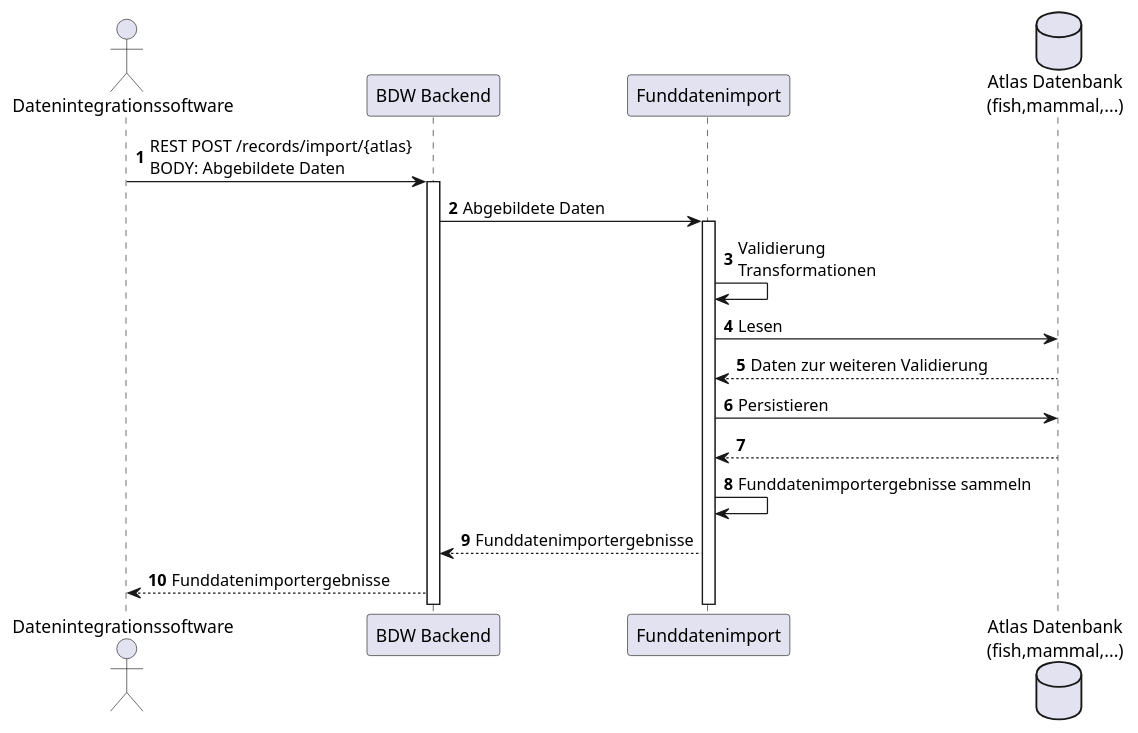
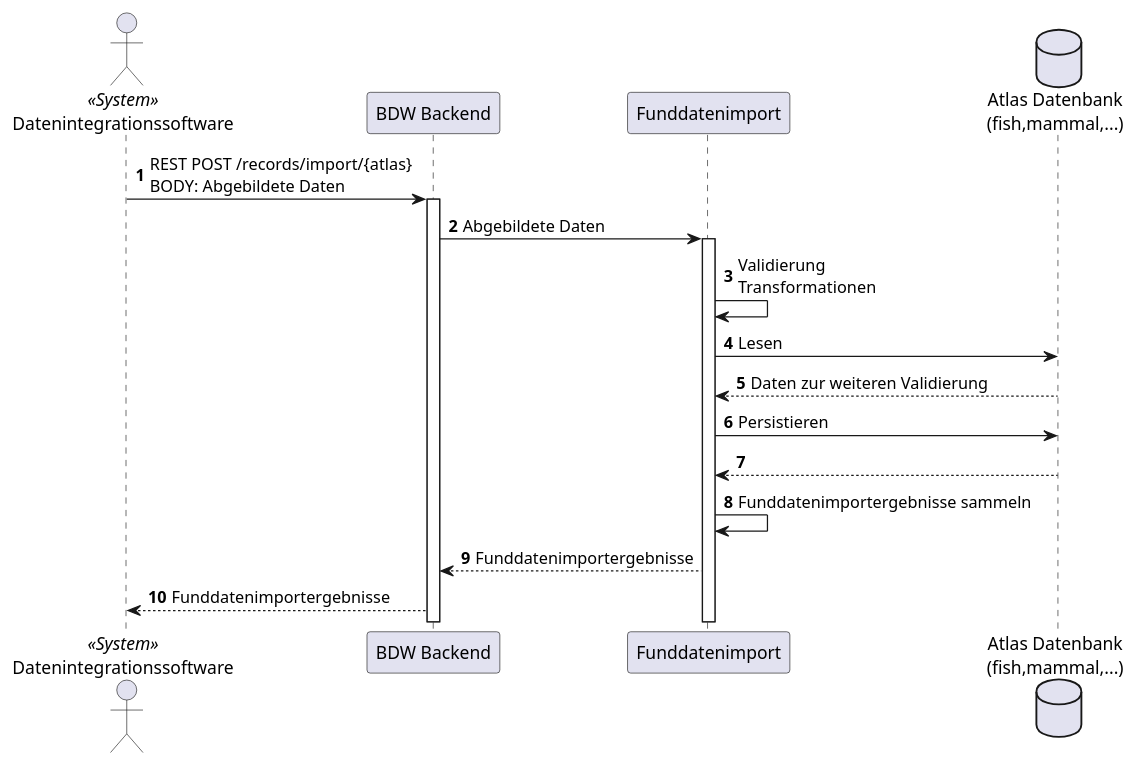
The diagram in data-integration-documentation/src/main/images/design/funddaten/funddatenimportSequence.puml (TuncerCatalkaya/data-integration), drawn with PlantUML before and after one commit. The commit also changed 15 other files, not shown here.

Commit message:
diagrams

```diff
--- a/data-integration-documentation/src/main/images/design/funddaten/funddatenimportSequence.puml
+++ b/data-integration-documentation/src/main/images/design/funddaten/funddatenimportSequence.puml
@@ -1,88 +1,31 @@
 @startuml
 
 autonumber
 
-actor Datenintegrationssoftware
+actor Datenintegrationssoftware <<System>>
 
 participant "BDW Backend" as backend
 participant "Funddatenimport" as import
 
 database "Atlas Datenbank\n(fish,mammal,...)" as datenbank
 
 Datenintegrationssoftware -> backend: REST POST /records/import/{atlas}\nBODY: Abgebildete Daten
 
 activate backend
 backend -> import: Abgebildete Daten
 
 activate import
 import -> import: Validierung\nTransformationen
 
 import -> datenbank: Lesen
 datenbank --> import: Daten zur weiteren Validierung
 
 import -> datenbank: Persistieren
 datenbank --> import
 
 import -> import: Funddatenimportergebnisse sammeln
 
 import --> backend: Funddatenimportergebnisse
 backend --> Datenintegrationssoftware: Funddatenimportergebnisse
 
-
-'actor Biologieexperte
-'
-'participant frontend
-'participant backend
-'participant import
-'participant checkpoint
-'participant item
-'database datenbank
-'
-'Biologieexperte -> frontend: Importiere CSV-Datei
-'
-'activate frontend
-'frontend -> backend: REST /import
-'
-'activate backend
-'backend -> import: Starte Import-Prozess
-'
-'activate import
-'
-'import -> datenbank: Batches und Checkpoints\npersistieren
-'
-'alt Import noch am Laufen
-'
-'    Biologieexperte -> frontend: Einsehen des\nmomentanen\nImport-Status
-'    frontend -> backend: REST /status
-'    backend -> checkpoint: Status abfragen
-'
-'    activate checkpoint
-'    checkpoint -> datenbank: Checkpoint\nauslesen
-'
-'    datenbank --> checkpoint: Checkpoint\nDaten
-'    checkpoint --> backend: Checkpoint Daten
-'    deactivate checkpoint
-'
-'    backend --> frontend: Checkpoint Daten
-'    frontend --> Biologieexperte: Import-Status
-'
-'else Import abgeschlossen
-'
-'    deactivate import
-'    Biologieexperte -> frontend: Einsehen der\nimportierten Daten
-'    frontend -> backend: REST /items
-'    backend -> item: Importierte Items abfragen zum Import
-'
-'    activate item
-'    item -> datenbank: Items\nauslesen
-'
-'    datenbank --> item: Importierte\nItems
-'    item --> backend: Importierte Items
-'    deactivate item
-'
-'    backend --> frontend: Importierte Items
-'    frontend --> Biologieexperte: Importierte Daten
-'
-'end
-
 @enduml
```
